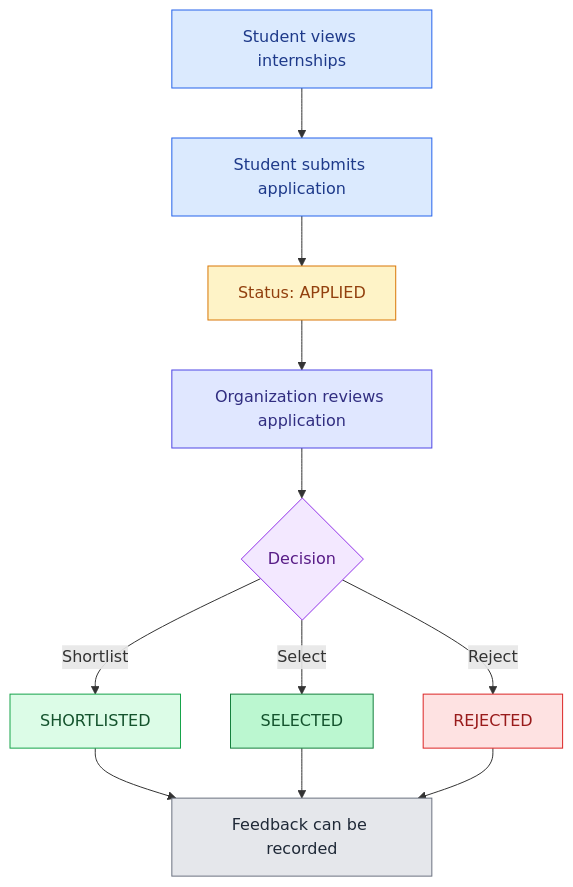
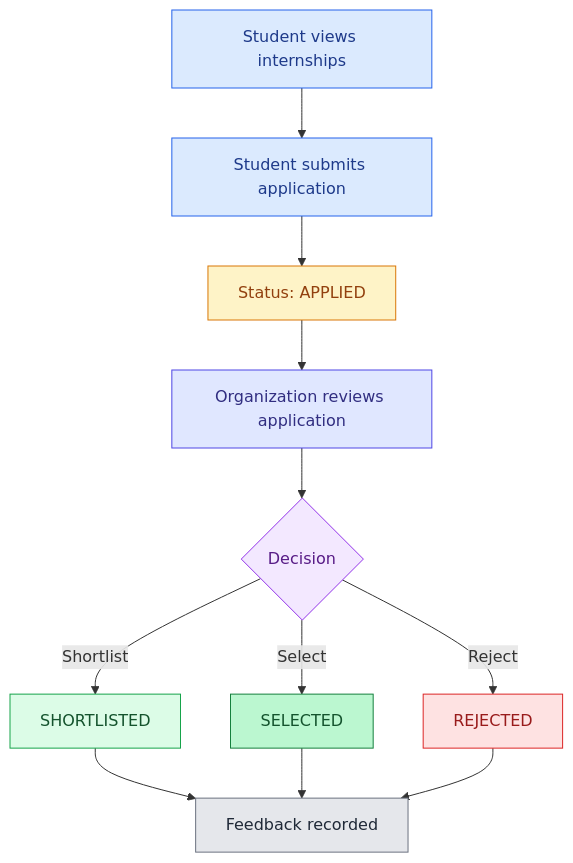
One commit to JVP008/Internship-Tracker changed the first of 3 diagrams in README.md. Above: the diagram before and after it, drawn with Mermaid. The commit also changed other lines of this file, not shown here.

````diff
--- a/README.md
+++ b/README.md
@@ -48,23 +48,23 @@
 ```mermaid
 flowchart TD
     A["Student views internships"] --> B["Student submits application"]
     B --> C["Status: APPLIED"]
     C --> D["Organization reviews application"]
     D --> E{"Decision"}
     E -->|Shortlist| F["SHORTLISTED"]
     E -->|Select| G["SELECTED"]
     E -->|Reject| H["REJECTED"]
-    F --> I["Feedback can be recorded"]
+    F --> I["Feedback recorded"]
     G --> I
     H --> I
 
     style A fill:#dbeafe,stroke:#2563eb,color:#1e3a8a
     style B fill:#dbeafe,stroke:#2563eb,color:#1e3a8a
     style C fill:#fef3c7,stroke:#d97706,color:#92400e
     style D fill:#e0e7ff,stroke:#4f46e5,color:#312e81
     style E fill:#f3e8ff,stroke:#9333ea,color:#581c87
     style F fill:#dcfce7,stroke:#16a34a,color:#14532d
     style G fill:#bbf7d0,stroke:#15803d,color:#14532d
     style H fill:#fee2e2,stroke:#dc2626,color:#991b1b
     style I fill:#e5e7eb,stroke:#6b7280,color:#1f2937
 ```
````
